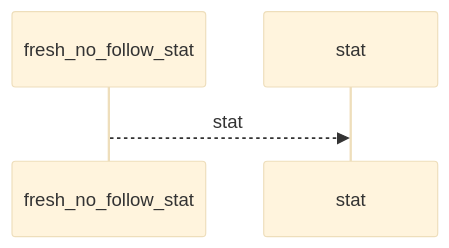
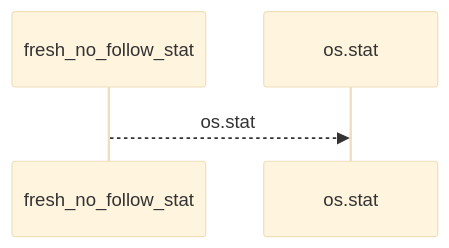
The first of 2 diagrams in docs/llm_wiki/flows/api-fresh_no_follow_stat.md (Denissvgn/python-wiki-llm), drawn with Mermaid (base theme) before and after one commit. The commit also changed other lines of this file and 719 other files, not shown here.

````diff
--- a/docs/llm_wiki/flows/api-fresh_no_follow_stat.md
+++ b/docs/llm_wiki/flows/api-fresh_no_follow_stat.md
@@ -10,6 +10,6 @@
 ```mermaid
 sequenceDiagram
     participant p0 as fresh_no_follow_stat
-    participant p1 as stat
-    p0-->>p1: stat
+    participant p1 as os.stat
+    p0-->>p1: os.stat
 ```
````
